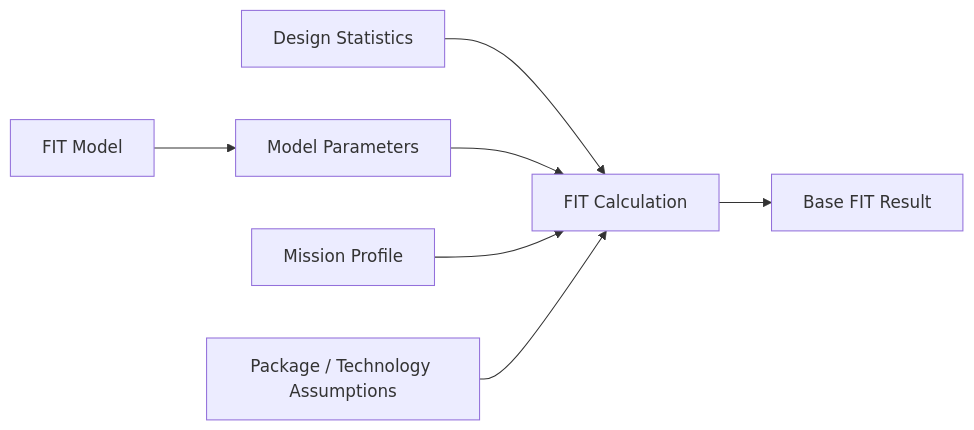
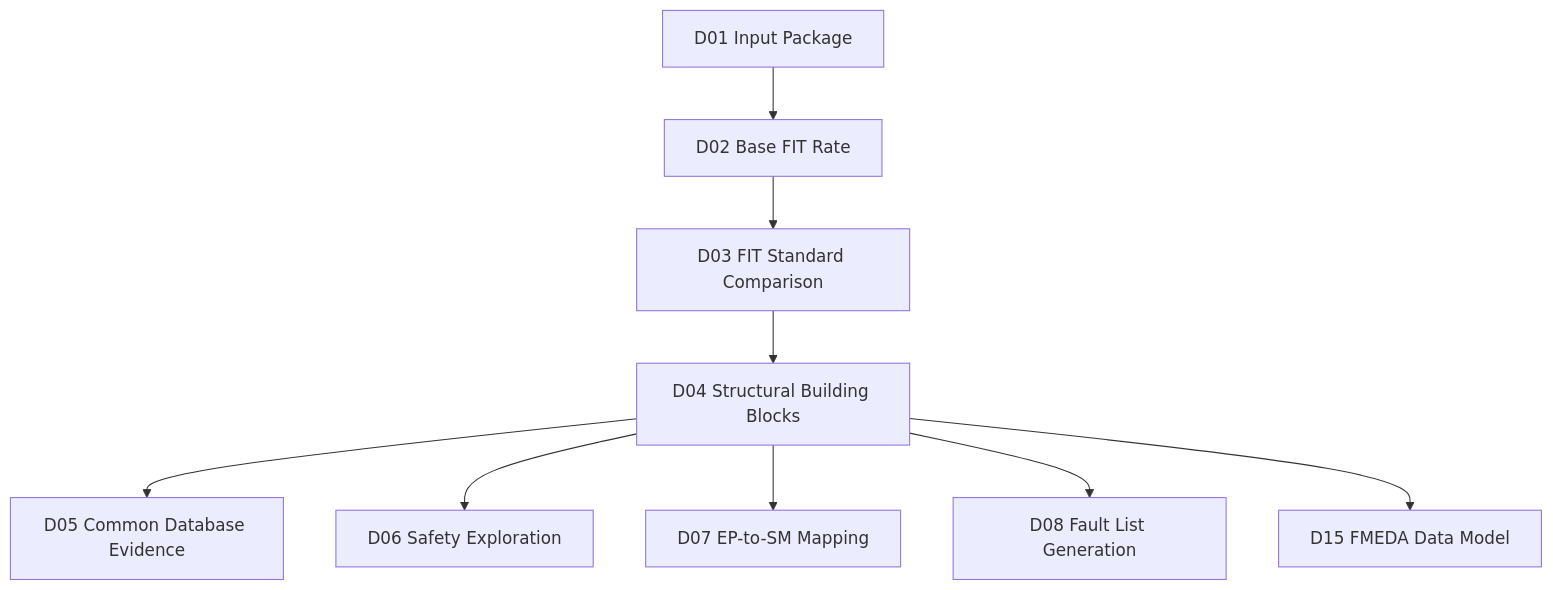
The first of 5 diagrams in articles/04_automotive_safeic_practice_d04_github_en_generic.md (qiqixixi1001/automotive-safeic-practice), drawn with Mermaid before and after one commit. The commit also changed other lines of this file, not shown here.

````diff
--- a/articles/04_automotive_safeic_practice_d04_github_en_generic.md
+++ b/articles/04_automotive_safeic_practice_d04_github_en_generic.md
@@ -69,9 +84,11 @@
 ```mermaid
-flowchart LR
-    A[FIT Model] --> B[Model Parameters]
-    C[Design Statistics] --> D[FIT Calculation]
-    B --> D
-    E[Mission Profile] --> D
-    F[Package / Technology Assumptions] --> D
-    D --> G[Base FIT Result]
+flowchart TD
+    D01[D01 Input Package] --> D02[D02 Base FIT Rate]
+    D02 --> D03[D03 FIT Standard Comparison]
+    D03 --> D04[D04 Structural Building Blocks]
+    D04 --> D05[D05 Common Database Evidence]
+    D04 --> D06[D06 Safety Exploration]
+    D04 --> D07[D07 EP-to-SM Mapping]
+    D04 --> D08[D08 Fault List Generation]
+    D04 --> D15[D15 FMEDA Data Model]
 ```
````
